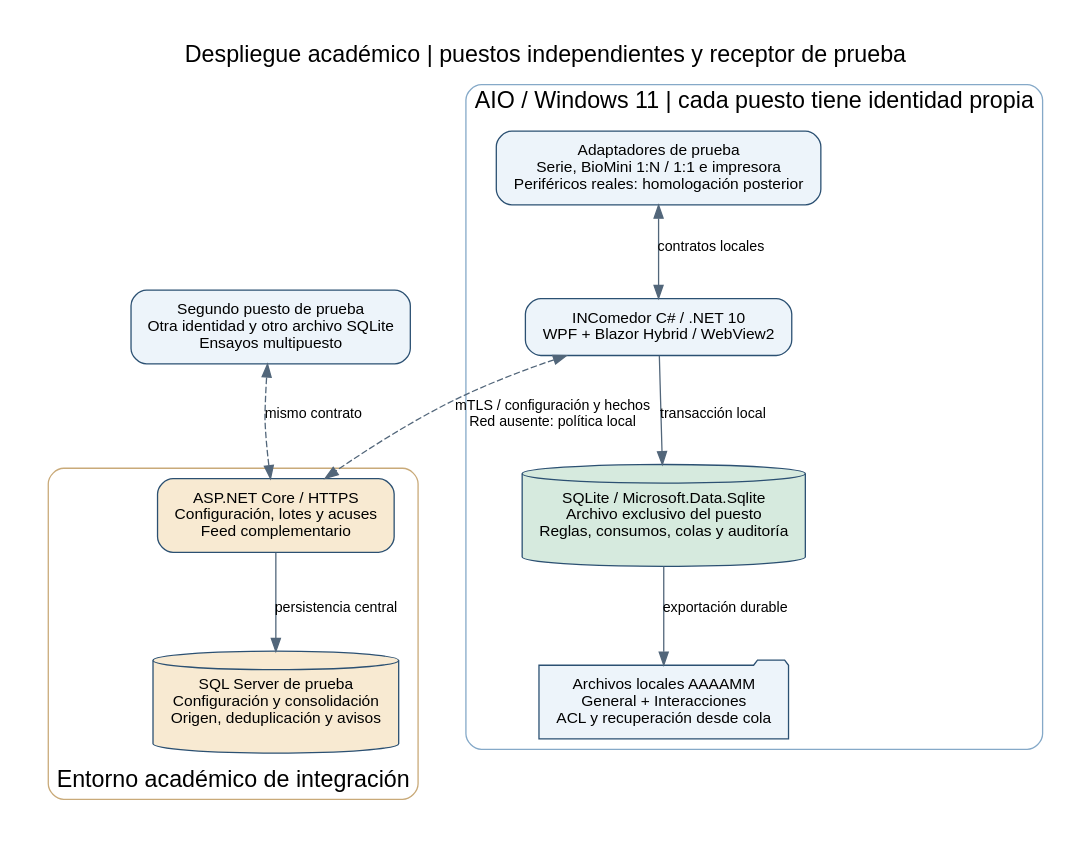
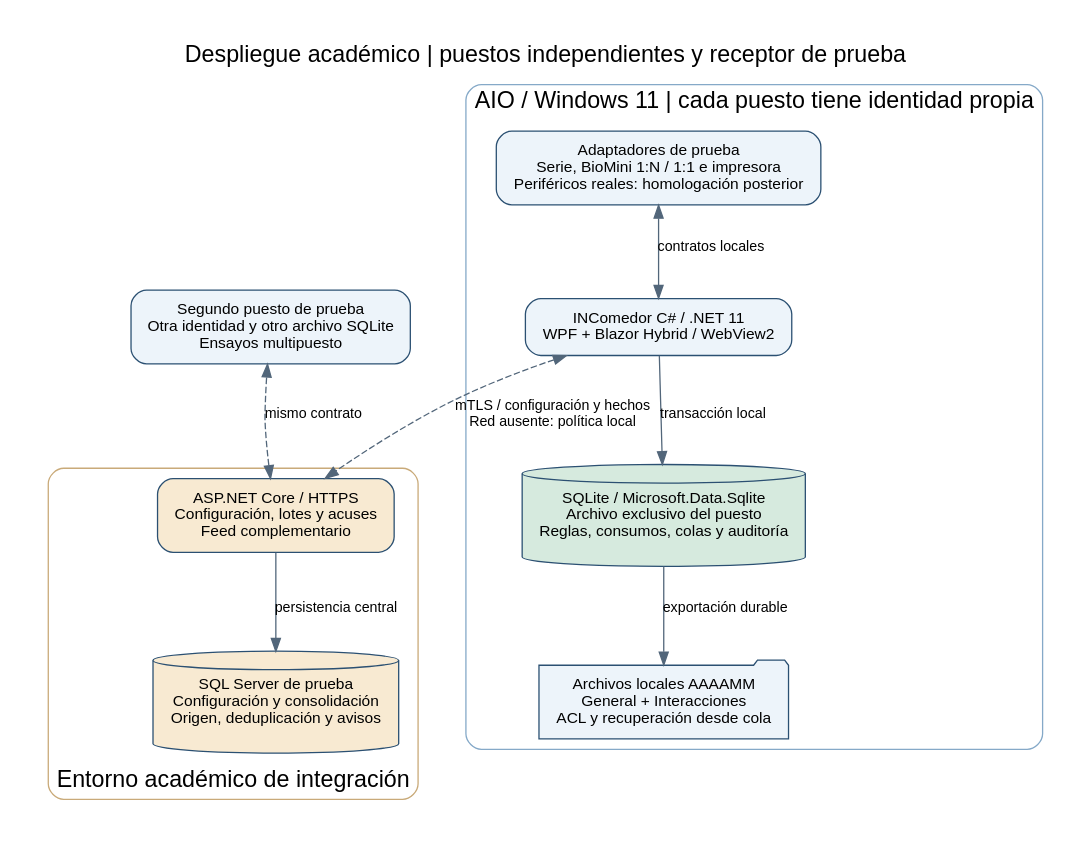
One commit to DaveWalf/AI4Devs-finalproject changed the diagram in diagrams/despliegue.dot. Above: the diagram before and after it, drawn with Graphviz. The commit also changed 6 other files, not shown here.

```diff
--- a/diagrams/despliegue.dot
+++ b/diagrams/despliegue.dot
@@ -1,24 +1,24 @@
 digraph Despliegue {
  graph [rankdir=TB, bgcolor="white", pad="0.3", nodesep="0.5", ranksep="0.75", fontname="Arial", fontsize=18, label="Despliegue académico | puestos independientes y receptor de prueba", labelloc=t];
  node [shape=box, style="rounded,filled", fontname="Arial", fontsize=12, color="#2b5072", fillcolor="#edf4fa", margin="0.18,0.12"];
  edge [fontname="Arial", fontsize=11, color="#52667a"];
  subgraph cluster_kiosk {
   label="AIO / Windows 11 | cada puesto tiene identidad propia"; color="#85a9c8"; style=rounded;
-  ui [label="INComedor C# / .NET 10\nWPF + Blazor Hybrid / WebView2"];
+  ui [label="INComedor C# / .NET 11\nWPF + Blazor Hybrid / WebView2"];
   local [shape=cylinder,label="SQLite / Microsoft.Data.Sqlite\nArchivo exclusivo del puesto\nReglas, consumos, colas y auditoría",fillcolor="#d6eade"];
   files [shape=folder,label="Archivos locales AAAAMM\nGeneral + Interacciones\nACL y recuperación desde cola"];
   per [label="Adaptadores de prueba\nSerie, BioMini 1:N / 1:1 e impresora\nPeriféricos reales: homologación posterior"];
   ui -> local [label="transacción local"];
   local -> files [label="exportación durable"];
   per -> ui [dir=both,label="contratos locales"];
  }
  subgraph cluster_server {
   label="Entorno académico de integración"; labelloc=b; color="#c9aa79"; style=rounded;
   api [label="ASP.NET Core / HTTPS\nConfiguración, lotes y acuses\nFeed complementario",fillcolor="#f8ead2"];
   central [shape=cylinder,label="SQL Server de prueba\nConfiguración y consolidación\nOrigen, deduplicación y avisos",fillcolor="#f8ead2"];
   api -> central [label="persistencia central"];
  }
  peer [label="Segundo puesto de prueba\nOtra identidad y otro archivo SQLite\nEnsayos multipuesto"];
  ui -> api [dir=both,style=dashed,label="mTLS / configuración y hechos\nRed ausente: política local"];
  peer -> api [dir=both,style=dashed,label="mismo contrato"];
 }
```
